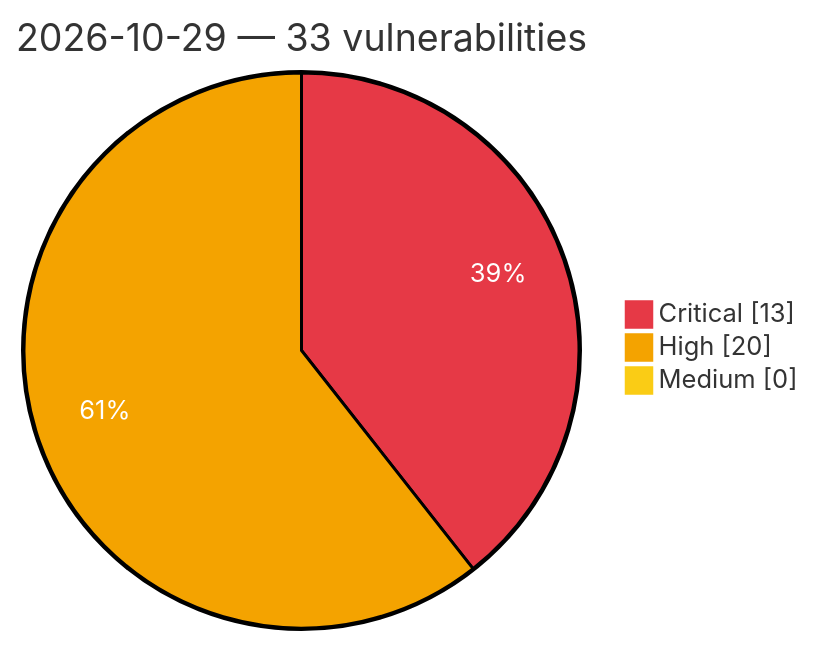
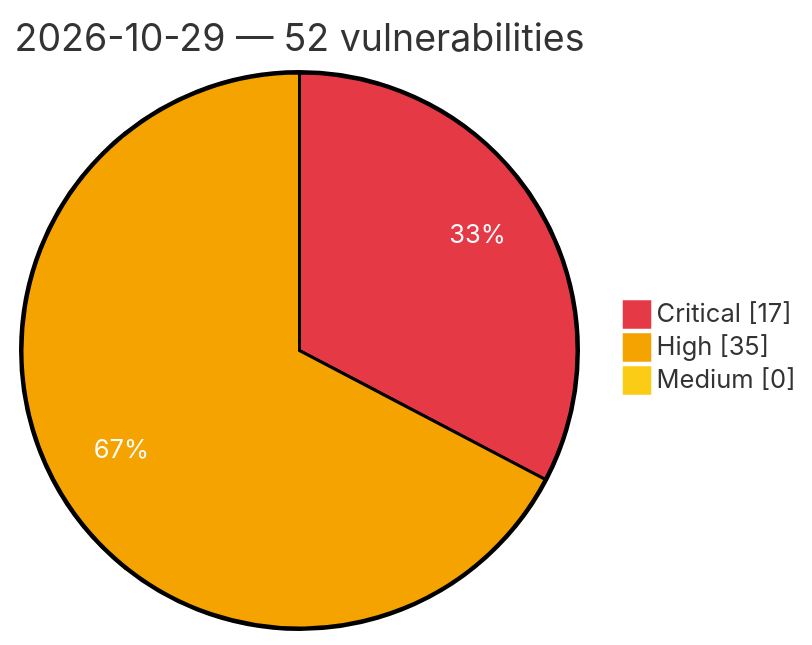
The diagram in vulnerabilities/2026/October/2026-10-29.md (GhostX0X/vuln-tracker), drawn with Mermaid before and after one commit. The commit also changed other lines of this file and 5 other files, not shown here.

Commit message:
Auto update: critical/high vulns (2026-10-29 21:17 UTC)

````diff
--- a/vulnerabilities/2026/October/2026-10-29.md
+++ b/vulnerabilities/2026/October/2026-10-29.md
@@ -3,8 +3,8 @@
 ```mermaid
 %%{init: {'theme':'base', 'themeVariables': {'pie1':'#e63946', 'pie2':'#f4a300', 'pie3':'#facc15', 'pieOpacity':'1', 'pieOuterStrokeWidth':'2px', 'pieSectionTextColor':'#ffffff'}}}%%
 pie showData
-    title 2026-10-29 — 33 vulnerabilities
-    "Critical" : 13
-    "High" : 20
+    title 2026-10-29 — 52 vulnerabilities
+    "Critical" : 17
+    "High" : 35
     "Medium" : 0
 ```
````
